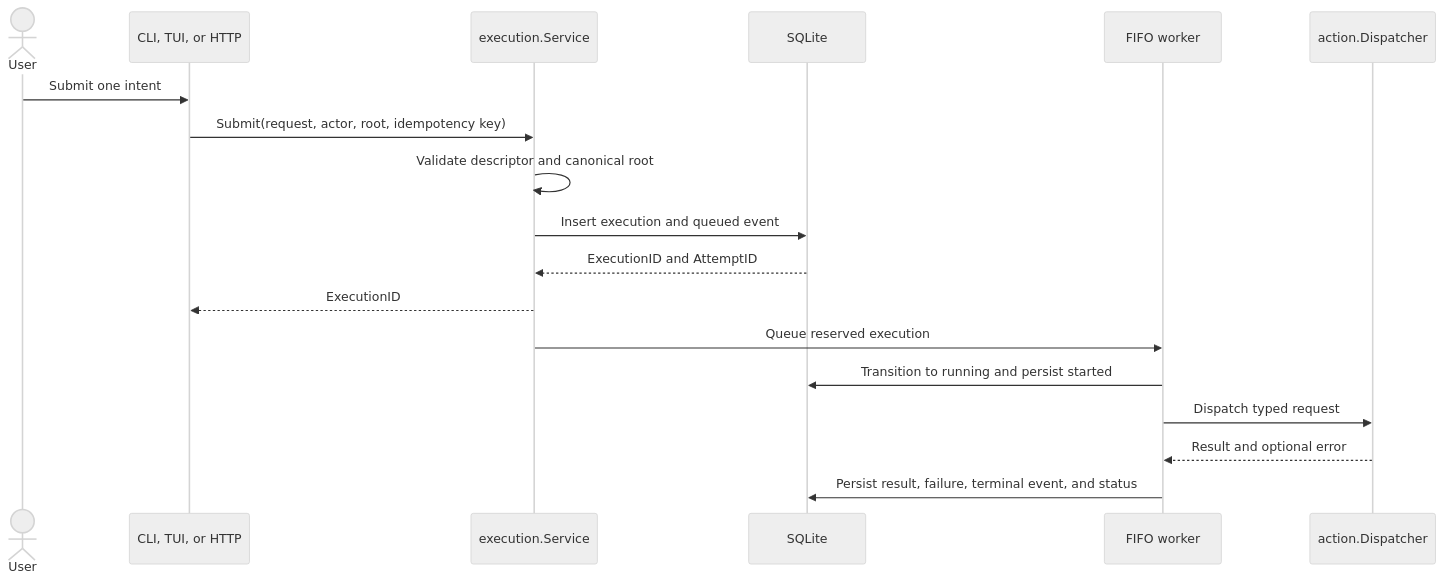
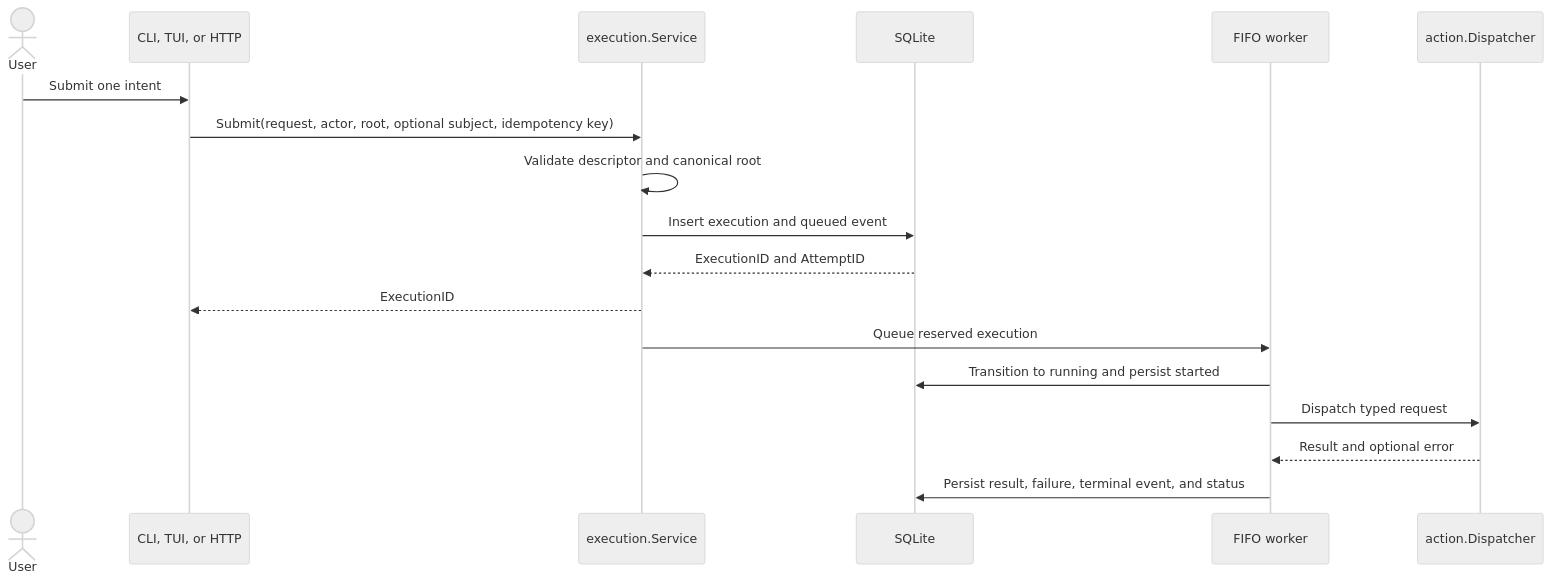
The third of 7 diagrams in docs/architecture/011-execution-and-web.md (sachahjkl/dw), drawn with Mermaid (neutral theme) before and after one commit. The commit also changed other lines of this file and 39 other files, not shown here.

````diff
--- a/docs/architecture/011-execution-and-web.md
+++ b/docs/architecture/011-execution-and-web.md
@@ -123,20 +123,20 @@
 ```mermaid
 sequenceDiagram
     actor User
     participant Adapter as CLI, TUI, or HTTP
     participant Executor as execution.Service
     participant Store as SQLite
     participant Worker as FIFO worker
     participant Dispatcher as action.Dispatcher
     User->>Adapter: Submit one intent
-    Adapter->>Executor: Submit(request, actor, root, idempotency key)
+    Adapter->>Executor: Submit(request, actor, root, optional subject, idempotency key)
     Executor->>Executor: Validate descriptor and canonical root
     Executor->>Store: Insert execution and queued event
     Store-->>Executor: ExecutionID and AttemptID
     Executor-->>Adapter: ExecutionID
     Executor->>Worker: Queue reserved execution
     Worker->>Store: Transition to running and persist started
     Worker->>Dispatcher: Dispatch typed request
     Dispatcher-->>Worker: Result and optional error
     Worker->>Store: Persist result, failure, terminal event, and status
 ```
````
